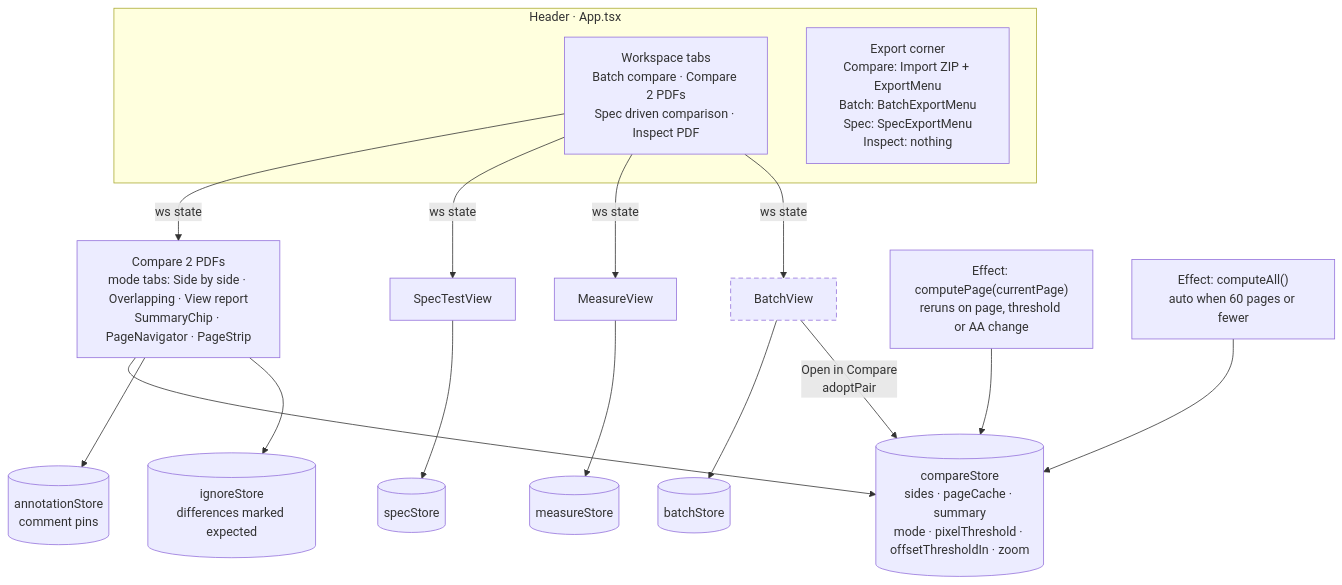
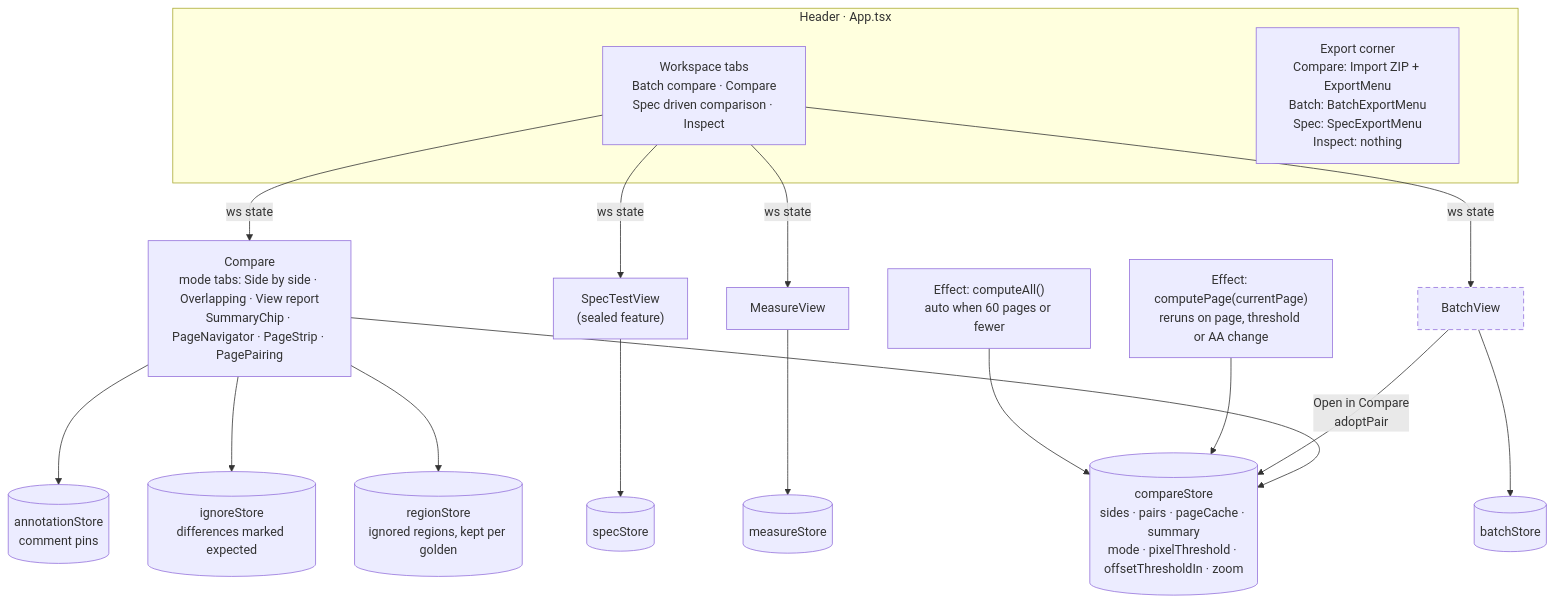
The second of 25 diagrams in docs/ARCHITECTURE.md (arpitarya/pdf-testing-suite), drawn with Mermaid before and after one commit. The commit also changed other lines of this file and 157 other files, not shown here.

````diff
--- a/docs/ARCHITECTURE.md
+++ b/docs/ARCHITECTURE.md
@@ -83,23 +96,24 @@
 ```mermaid
 flowchart TB
   classDef flag stroke-dasharray: 6 4
   subgraph HEADER["Header · App.tsx"]
-    TABS["Workspace tabs<br/>Batch compare · Compare 2 PDFs<br/>Spec driven comparison · Inspect PDF"]
+    TABS["Workspace tabs<br/>Batch compare · Compare<br/>Spec driven comparison · Inspect"]
     RIGHT["Export corner<br/>Compare: Import ZIP + ExportMenu<br/>Batch: BatchExportMenu<br/>Spec: SpecExportMenu<br/>Inspect: nothing"]
   end
   TABS -->|"ws state"| CWS & SWS & IWS & BWS
-  CWS["Compare 2 PDFs<br/>mode tabs: Side by side · Overlapping · View report<br/>SummaryChip · PageNavigator · PageStrip"]
-  SWS["SpecTestView"]
+  CWS["Compare<br/>mode tabs: Side by side · Overlapping · View report<br/>SummaryChip · PageNavigator · PageStrip · PagePairing"]
+  SWS["SpecTestView<br/>(sealed feature)"]
   IWS["MeasureView"]
   BWS["BatchView"]
-  CWS --> CS[("compareStore<br/>sides · pageCache · summary<br/>mode · pixelThreshold · offsetThresholdIn · zoom")]
+  CWS --> CS[("compareStore<br/>sides · pairs · pageCache · summary<br/>mode · pixelThreshold · offsetThresholdIn · zoom")]
   CWS --> AS[("annotationStore<br/>comment pins")]
   CWS --> IS[("ignoreStore<br/>differences marked expected")]
+  CWS --> RS[("regionStore<br/>ignored regions, kept per golden")]
   SWS --> SS[("specStore")]
   IWS --> MS[("measureStore")]
   BWS --> BS[("batchStore")]
   BWS -->|"Open in Compare<br/>adoptPair"| CS
   EF1["Effect: computePage(currentPage)<br/>reruns on page, threshold or AA change"] --> CS
   EF2["Effect: computeAll()<br/>auto when 60 pages or fewer"] --> CS
   class BWS flag
 ```
````
